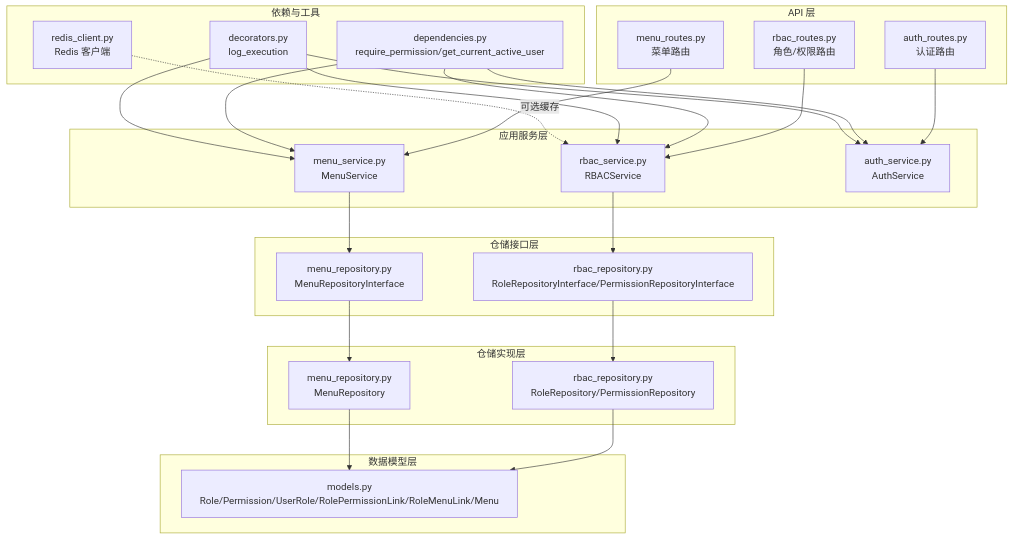
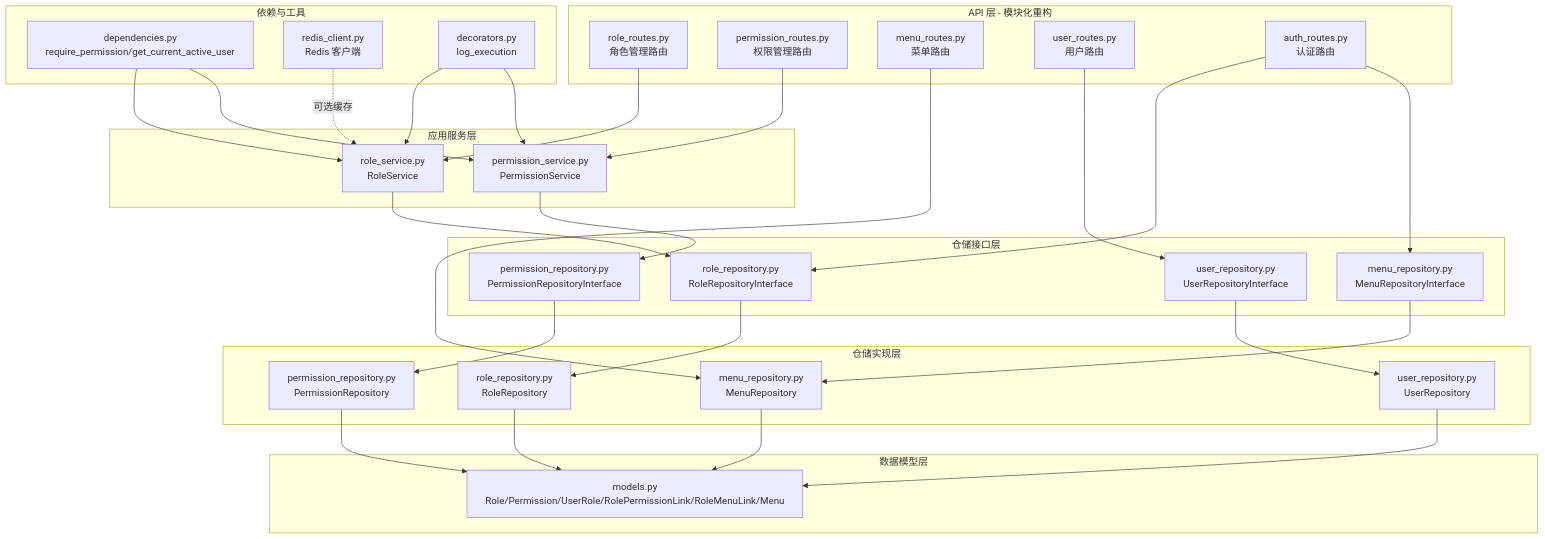
Before and after one commit to taoweidong/Hello-FastApi: the first of 6 diagrams in .qoder/repowiki/zh/content/API 接口文档/RBAC 权限管理接口.md, drawn with Mermaid. The commit also changed other lines of this file and 9 other files, not shown here.

````diff
--- a/.qoder/repowiki/zh/content/API 接口文档/RBAC 权限管理接口.md
+++ b/.qoder/repowiki/zh/content/API 接口文档/RBAC 权限管理接口.md
@@ -51,45 +58,55 @@
 ```mermaid
 graph TB
-subgraph "API 层"
-R["rbac_routes.py<br/>角色/权限路由"]
-M["menu_routes.py<br/>菜单路由"]
+subgraph "API 层 - 模块化重构"
+RR["role_routes.py<br/>角色管理路由"]
+PR["permission_routes.py<br/>权限管理路由"]
+MR["menu_routes.py<br/>菜单路由"]
+UR["user_routes.py<br/>用户路由"]
 AR["auth_routes.py<br/>认证路由"]
 end
 subgraph "应用服务层"
-S["rbac_service.py<br/>RBACService"]
-MS["menu_service.py<br/>MenuService"]
-AS["auth_service.py<br/>AuthService"]
+RS["role_service.py<br/>RoleService"]
+PS["permission_service.py<br/>PermissionService"]
 end
 subgraph "仓储接口层"
-RI["rbac_repository.py<br/>RoleRepositoryInterface/PermissionRepositoryInterface"]
-MI["menu_repository.py<br/>MenuRepositoryInterface"]
+RRI["role_repository.py<br/>RoleRepositoryInterface"]
+PRI["permission_repository.py<br/>PermissionRepositoryInterface"]
+MRI["menu_repository.py<br/>MenuRepositoryInterface"]
+URI["user_repository.py<br/>UserRepositoryInterface"]
 end
 subgraph "仓储实现层"
-RP["rbac_repository.py<br/>RoleRepository/PermissionRepository"]
-MP["menu_repository.py<br/>MenuRepository"]
+RR_IMPL["role_repository.py<br/>RoleRepository"]
+PR_IMPL["permission_repository.py<br/>PermissionRepository"]
+MR_IMPL["menu_repository.py<br/>MenuRepository"]
+UR_IMPL["user_repository.py<br/>UserRepository"]
 end
 subgraph "数据模型层"
 DM["models.py<br/>Role/Permission/UserRole/RolePermissionLink/RoleMenuLink/Menu"]
 end
 subgraph "依赖与工具"
 D["dependencies.py<br/>require_permission/get_current_active_user"]
 RC["redis_client.py<br/>Redis 客户端"]
 DEC["decorators.py<br/>log_execution"]
 end
-R --> S
-M --> MS
-AR --> AS
-S --> RI
-MS --> MI
-RI --> RP
-MI --> MP
-RP --> DM
-MP --> DM
-D --> S
-D --> MS
-D --> AS
-DEC --> S
-DEC --> MS
-DEC --> AS
-RC -. 可选缓存 .-> S
+RR --> RS
+PR --> PS
+MR --> MR_IMPL
+UR --> URI
+AR --> RRI
+AR --> MRI
+RS --> RRI
+PS --> PRI
+RRI --> RR_IMPL
+PRI --> PR_IMPL
+MRI --> MR_IMPL
+URI --> UR_IMPL
+RR_IMPL --> DM
+PR_IMPL --> DM
+MR_IMPL --> DM
+UR_IMPL --> DM
+D --> RS
+D --> PS
+DEC --> RS
+DEC --> PS
+RC -. 可选缓存 .-> RS
 ```
````
